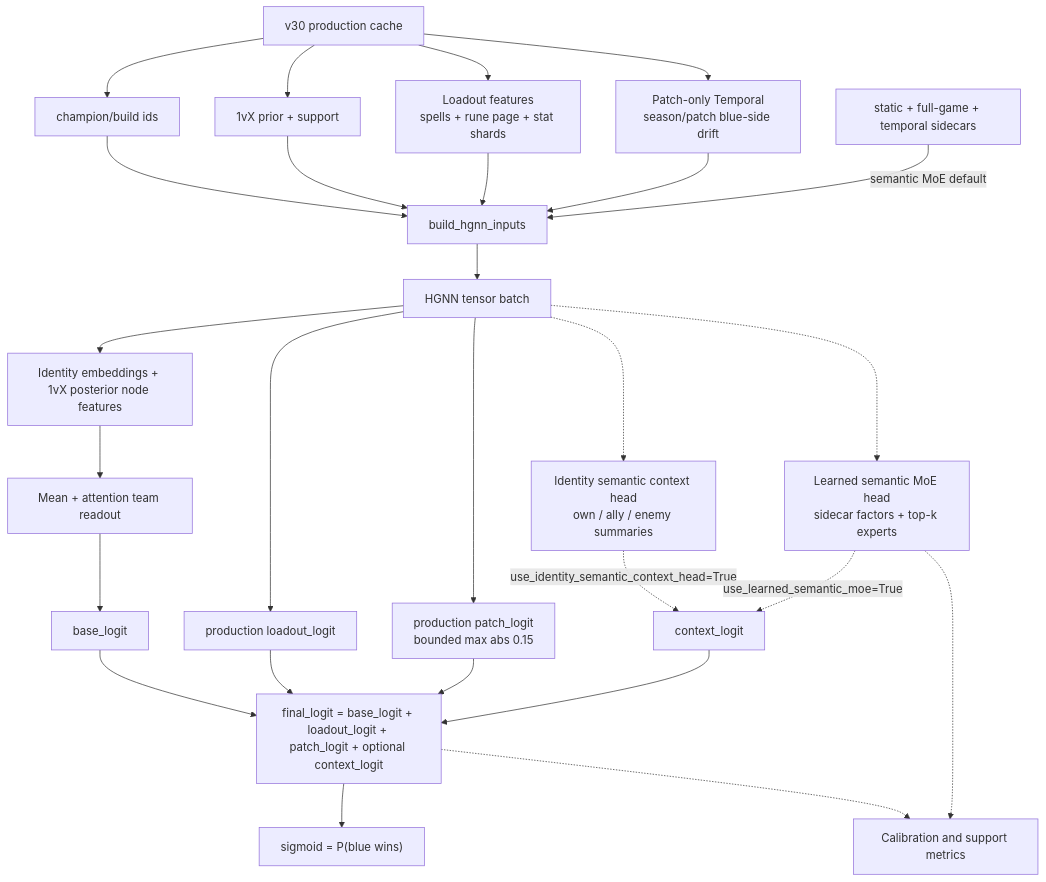
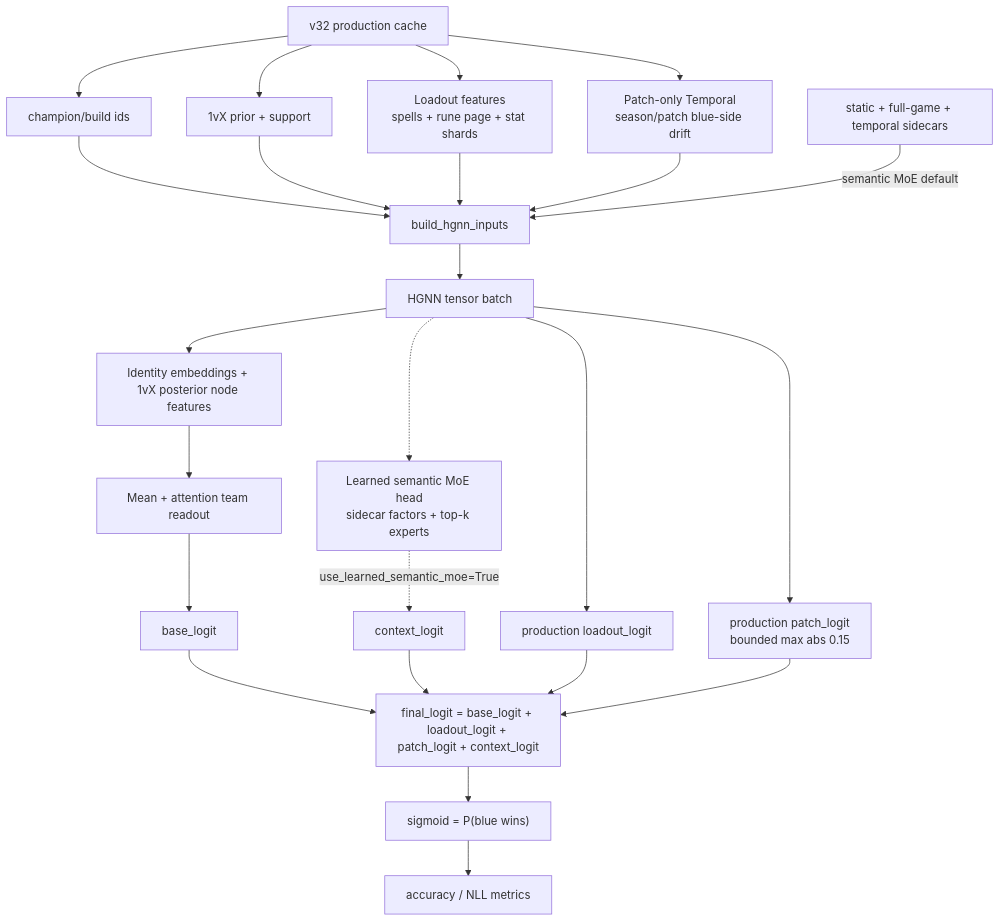
One commit to JackLGZimmerman/riot-api-ecosystem changed the first of 2 diagrams in app/ml/documentation/HGNN_CURRENT.md. Above: the diagram before and after it, drawn with Mermaid. The commit also changed other lines of this file and 28 other files, not shown here.

````diff
--- a/app/ml/documentation/HGNN_CURRENT.md
+++ b/app/ml/documentation/HGNN_CURRENT.md
@@ -170,31 +167,28 @@
 ```mermaid
 flowchart TD
-    cache["v30 production cache"] --> ids["champion/build ids"]
+    cache["v32 production cache"] --> ids["champion/build ids"]
     cache --> prior["1vX prior + support"]
     cache --> loadout["Loadout features<br/>spells + rune page + stat shards"]
     cache --> patch["Patch-only Temporal<br/>season/patch blue-side drift"]
 
     ids --> hgnn_inputs["build_hgnn_inputs"]
     prior --> hgnn_inputs
     loadout --> hgnn_inputs
     patch --> hgnn_inputs
     sidecars["static + full-game + temporal sidecars"] -->|semantic MoE default| hgnn_inputs
 
     hgnn_inputs --> tensor_batch["HGNN tensor batch"]
     tensor_batch --> nodes["Identity embeddings + 1vX posterior node features"]
     tensor_batch --> loadout_logit["production loadout_logit"]
     tensor_batch --> patch_logit["production patch_logit<br/>bounded max abs 0.15"]
-    tensor_batch -.-> context["Identity semantic context head<br/>own / ally / enemy summaries"]
     tensor_batch -.-> moe["Learned semantic MoE head<br/>sidecar factors + top-k experts"]
     nodes --> readout["Mean + attention team readout"]
     readout --> base["base_logit"]
-    context -.->|use_identity_semantic_context_head=True| context_logit["context_logit"]
     moe -.->|use_learned_semantic_moe=True| context_logit
-    base --> final["final_logit = base_logit + loadout_logit + patch_logit + optional context_logit"]
+    base --> final["final_logit = base_logit + loadout_logit + patch_logit + context_logit"]
     context_logit --> final
     loadout_logit --> final
     patch_logit --> final
     final --> prob["sigmoid = P(blue wins)"]
-    final -.-> diagnostics["Calibration and support metrics"]
-    moe -.-> diagnostics
+    prob --> metrics["accuracy / NLL metrics"]
 ```
````
